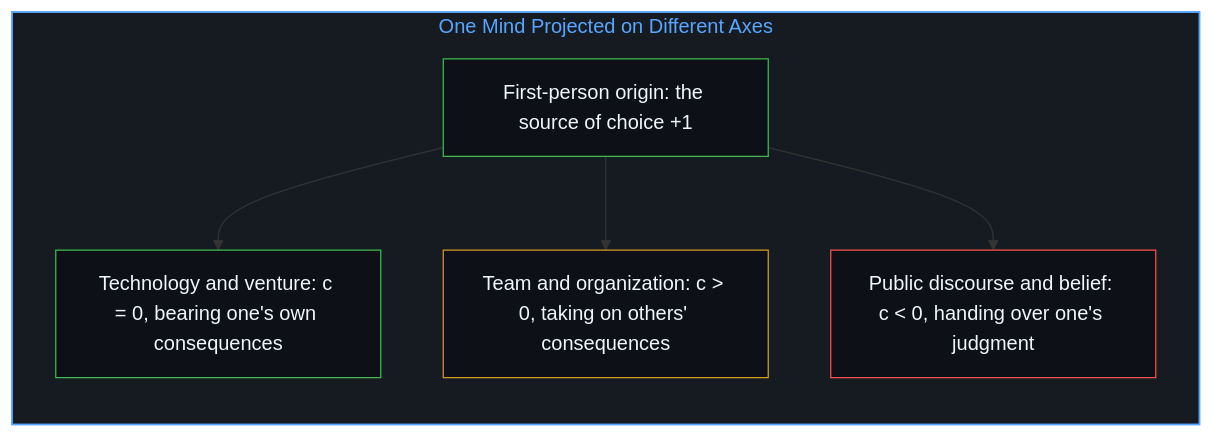
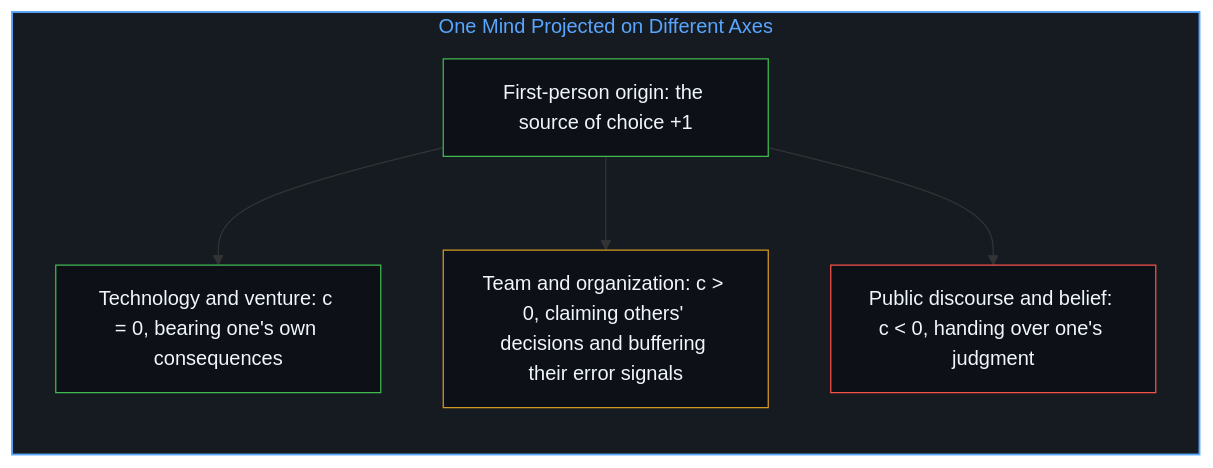
One commit to powerpig99/not-a-toe changed the fourth of 12 diagrams in content/posts/the-mirror-handshake-of-power.md. Above: the diagram before and after it, drawn with Mermaid. The commit also changed other lines of this file and 6 other files, not shown here.

````diff
--- a/content/posts/the-mirror-handshake-of-power.md
+++ b/content/posts/the-mirror-handshake-of-power.md
@@ -94,18 +94,18 @@
 ```mermaid
 flowchart TD
     subgraph S_Axes["One Mind Projected on Different Axes"]
         direction TB
         Mind["First-person origin: the source of choice +1"]
         Tech["Technology and venture: c = 0, bearing one's own consequences"]
-        Org["Team and organization: c > 0, taking on others' consequences"]
+        Org["Team and organization: c > 0, claiming others' decisions and buffering their error signals"]
         Idea["Public discourse and belief: c < 0, handing over one's judgment"]
         Mind --> Tech
         Mind --> Org
         Mind --> Idea
     end
     style S_Axes fill:#161b22,stroke:#58a6ff,stroke-width:1.5px,color:#58a6ff
     style Mind fill:#0d1117,stroke:#3fb950,stroke-width:1px,color:#f0f6fc
     style Tech fill:#0d1117,stroke:#3fb950,stroke-width:1px,color:#f0f6fc
     style Org fill:#0d1117,stroke:#d29922,stroke-width:1px,color:#f0f6fc
     style Idea fill:#0d1117,stroke:#f85149,stroke-width:1px,color:#f0f6fc
 ```
````
